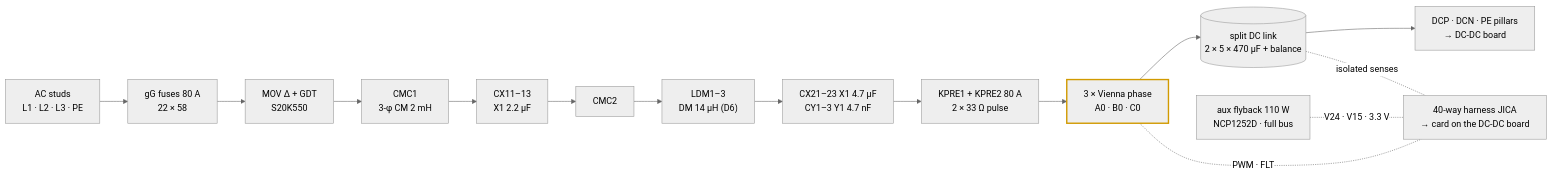
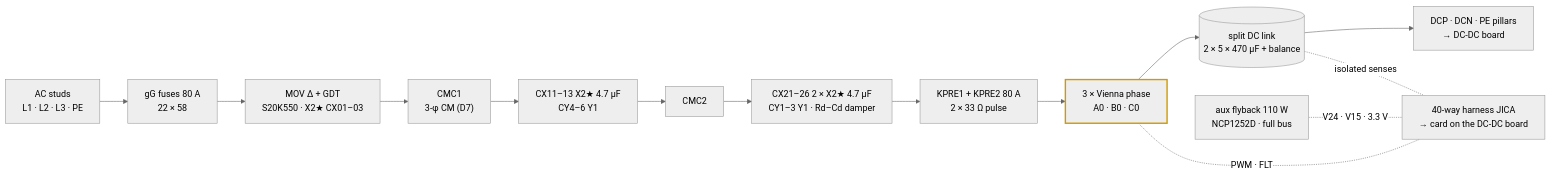
The first of 2 diagrams in boards/30kw/README.md (vectivolt/DC-Modules), drawn with Mermaid (neutral theme) before and after one commit. The commit also changed other lines of this file and 121 other files, not shown here.

````diff
--- a/boards/30kw/README.md
+++ b/boards/30kw/README.md
@@ -33,13 +34,13 @@
 ```mermaid
 flowchart LR
-  J["AC studs<br/>L1 · L2 · L3 · PE"] --> F["gG fuses 80 A<br/>22 × 58"] --> MOV["MOV Δ + GDT<br/>S20K550"]
-  MOV --> CM1["CMC1<br/>3-φ CM 2 mH"] --> X1["CX11–13<br/>X1 2.2 µF"] --> CM2["CMC2"] --> LDM["LDM1–3<br/>DM 14 µH (D6)"] --> X2["CX21–23 X1 4.7 µF<br/>CY1–3 Y1 4.7 nF"]
+  J["AC studs<br/>L1 · L2 · L3 · PE"] --> F["gG fuses 80 A<br/>22 × 58"] --> MOV["MOV Δ + GDT<br/>S20K550 · X2★ CX01–03"]
+  MOV --> CM1["CMC1<br/>3-φ CM (D7)"] --> X1["CX11–13 X2★ 4.7 µF<br/>CY4–6 Y1"] --> CM2["CMC2"] --> X2["CX21–26 2 × X2★ 4.7 µF<br/>CY1–3 Y1 · Rd–Cd damper"]
   X2 --> PRE["KPRE1 + KPRE2 80 A<br/>2 × 33 Ω pulse"]
   PRE --> PH["3 × Vienna phase<br/>A0 · B0 · C0"]
   PH --> DC[("split DC link<br/>2 × 5 × 470 µF + balance")]
   DC --> ST["DCP · DCN · PE pillars<br/>→ DC-DC board"]
   PH -. "PWM · FLT" .- HAR["40-way harness JICA<br/>→ card on the DC-DC board"]
   DC -. "isolated senses" .- HAR
   AUX["aux flyback 110 W<br/>NCP1252D · full bus"] -. "V24 · V15 · 3.3 V" .- HAR
   style PH stroke:#d19a00,stroke-width:2.5px
 ```
````
